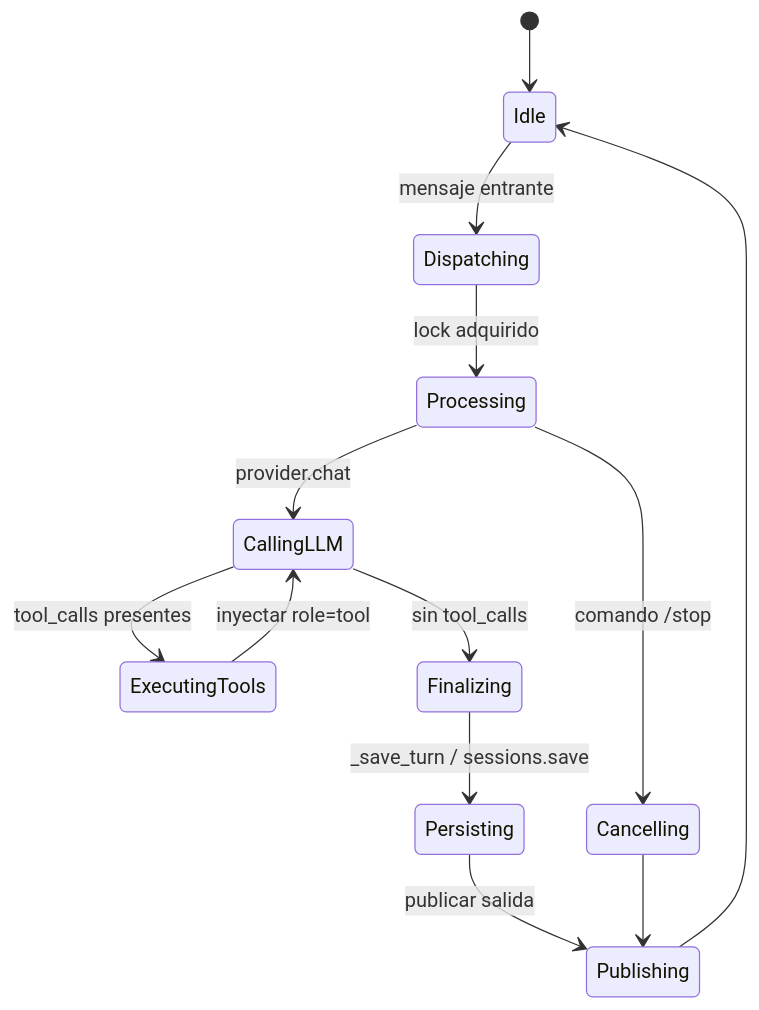
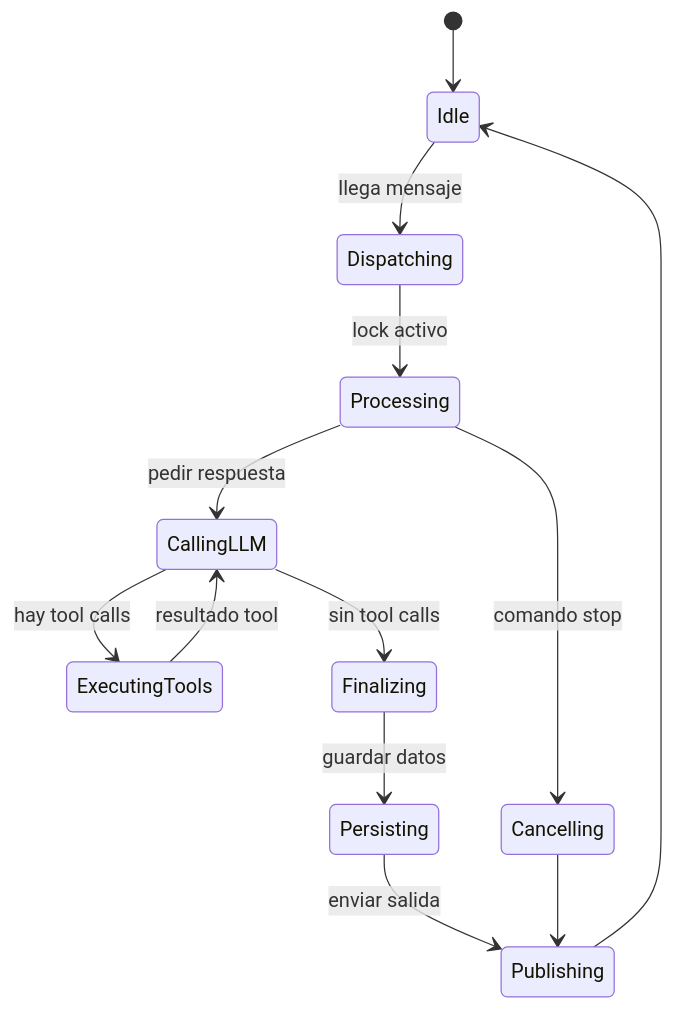
Before and after one commit to Notifai-Team1/ProjectX-nanobot: the second of 3 diagrams in docs/05-agentloop.md, drawn with Mermaid. The commit also changed other lines of this file and 3 other files, not shown here.

Commit message:
docs: corregir sintaxis mermaid y agregar diagramas de memoria

````diff
--- a/docs/05-agentloop.md
+++ b/docs/05-agentloop.md
@@ -144,15 +144,15 @@
 ```mermaid
 stateDiagram-v2
     [*] --> Idle
-    Idle --> Dispatching: mensaje entrante
-    Dispatching --> Processing: lock adquirido
-    Processing --> CallingLLM: provider.chat
-    CallingLLM --> ExecutingTools: tool_calls presentes
-    ExecutingTools --> CallingLLM: inyectar role=tool
-    CallingLLM --> Finalizing: sin tool_calls
-    Finalizing --> Persisting: _save_turn / sessions.save
-    Persisting --> Publishing: publicar salida
+    Idle --> Dispatching: llega mensaje
+    Dispatching --> Processing: lock activo
+    Processing --> CallingLLM: pedir respuesta
+    CallingLLM --> ExecutingTools: hay tool calls
+    ExecutingTools --> CallingLLM: resultado tool
+    CallingLLM --> Finalizing: sin tool calls
+    Finalizing --> Persisting: guardar datos
+    Persisting --> Publishing: enviar salida
     Publishing --> Idle
-    Processing --> Cancelling: comando /stop
+    Processing --> Cancelling: comando stop
     Cancelling --> Publishing
 ```
````
